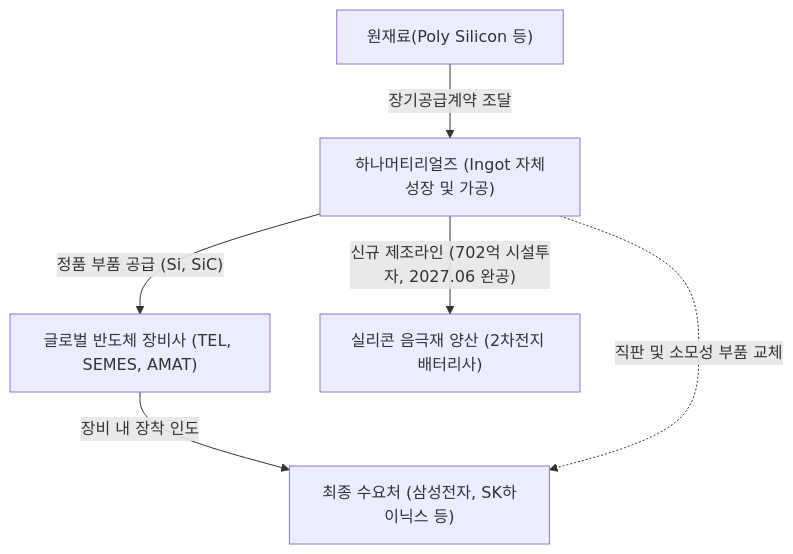
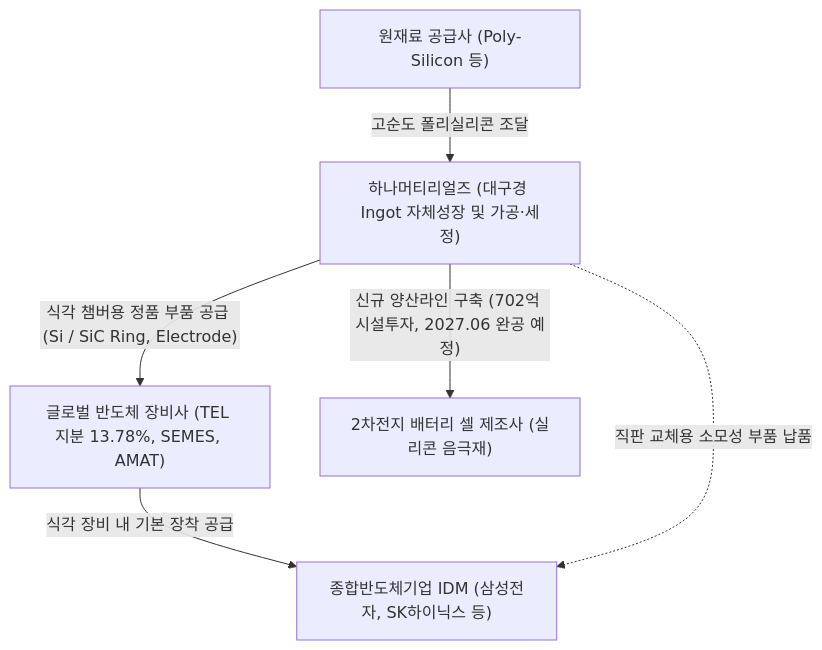
Before and after one commit to eve830521-cmd/my-skill: the diagram in Stock_Research/하나머티리얼즈/3_Final_Reports/Phase1_Report.md, drawn with Mermaid. The commit also changed other lines of this file and 84 other files, not shown here.

````diff
--- a/Stock_Research/하나머티리얼즈/3_Final_Reports/Phase1_Report.md
+++ b/Stock_Research/하나머티리얼즈/3_Final_Reports/Phase1_Report.md
@@ -19,8 +15,8 @@
 ```mermaid
 graph TD
-    A["원재료(Poly Silicon 등)"] -->|"장기공급계약 조달"| B["하나머티리얼즈 (Ingot 자체성장 및 가공)"]
-    B -->|"정품 부품 공급 (Si, SiC)"| C["글로벌 반도체 장비사 (TEL, SEMES, AMAT)"]
-    C -->|"장비 내 장착 인도"| D["최종 수요처 (삼성전자, SK하이닉스 등)"]
-    B -. "직판 및 소모성 부품 교체" .-> D
-    B -->|"신규 제조라인 (702억 시설투자, 2027.06 완공)"| E["실리콘 음극재 양산 (2차전지 배터리사)"]
+    A["원재료 공급사 (Poly-Silicon 등)"] -->|"고순도 폴리실리콘 조달"| B["하나머티리얼즈 (대구경 Ingot 자체성장 및 가공·세정)"]
+    B -->|"식각 챔버용 정품 부품 공급 (Si / SiC Ring, Electrode)"| C["글로벌 반도체 장비사 (TEL 지분 13.78%, SEMES, AMAT)"]
+    C -->|"식각 장비 내 기본 장착 공급"| D["종합반도체기업 IDM (삼성전자, SK하이닉스 등)"]
+    B -. "직판 교체용 소모성 부품 납품" .-> D
+    B -->|"신규 양산라인 구축 (702억 시설투자, 2027.06 완공 예정)"| E["2차전지 배터리 셀 제조사 (실리콘 음극재)"]
 ```
````
